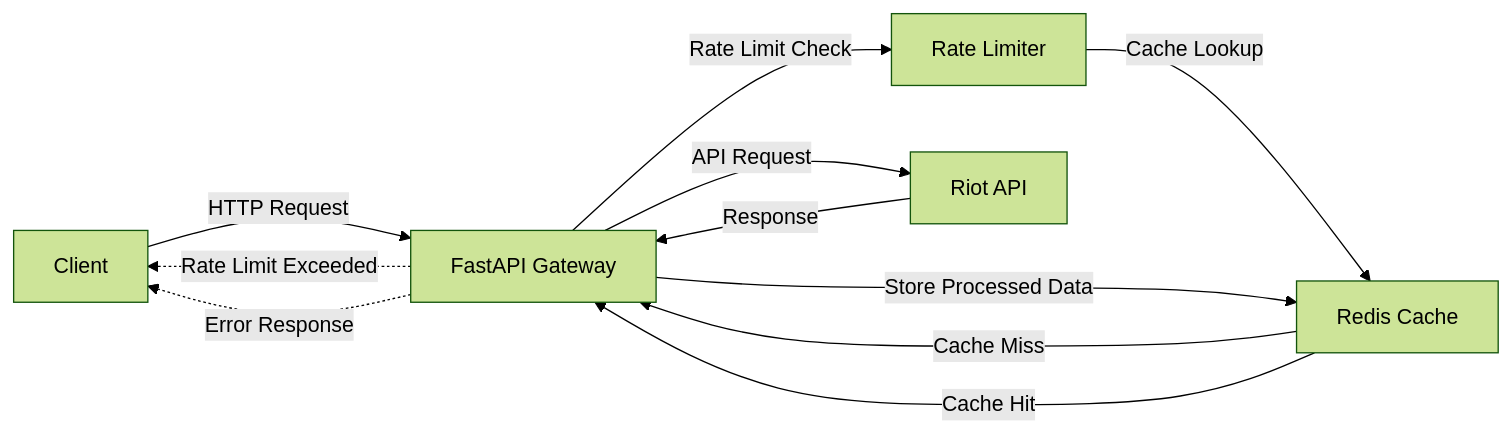
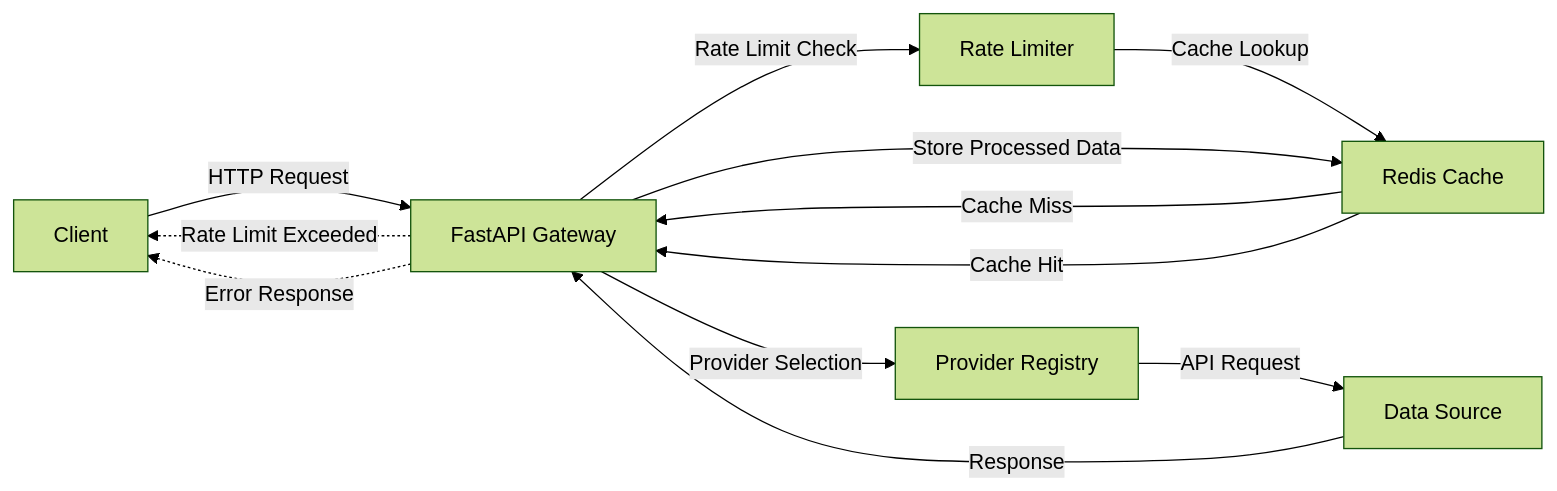
Before and after one commit to OneStepAt4time/lolstonks-api-gateway: the second of 6 diagrams in docs/architecture/overview.md, drawn with Mermaid (forest theme). The commit also changed other lines of this file and 41 other files, not shown here.

````diff
--- a/docs/architecture/overview.md
+++ b/docs/architecture/overview.md
@@ -9,14 +149,15 @@
 ```mermaid
 flowchart LR
     Client -->|HTTP Request| Gateway[FastAPI Gateway]
     Gateway -->|Rate Limit Check| RateLimiter[Rate Limiter]
     RateLimiter -->|Cache Lookup| Redis[Redis Cache]
     Redis -->|Cache Miss| Gateway
     Redis -->|Cache Hit| Gateway
-    Gateway -->|API Request| Riot[Riot API]
-    Riot -->|Response| Gateway
+    Gateway -->|Provider Selection| Provider[Provider Registry]
+    Provider -->|API Request| DataSource[Data Source]
+    DataSource -->|Response| Gateway
     Gateway -->|Store Processed Data| Redis
 
     Gateway -.->|Rate Limit Exceeded| Client
     Gateway -.->|Error Response| Client
 ```
````
